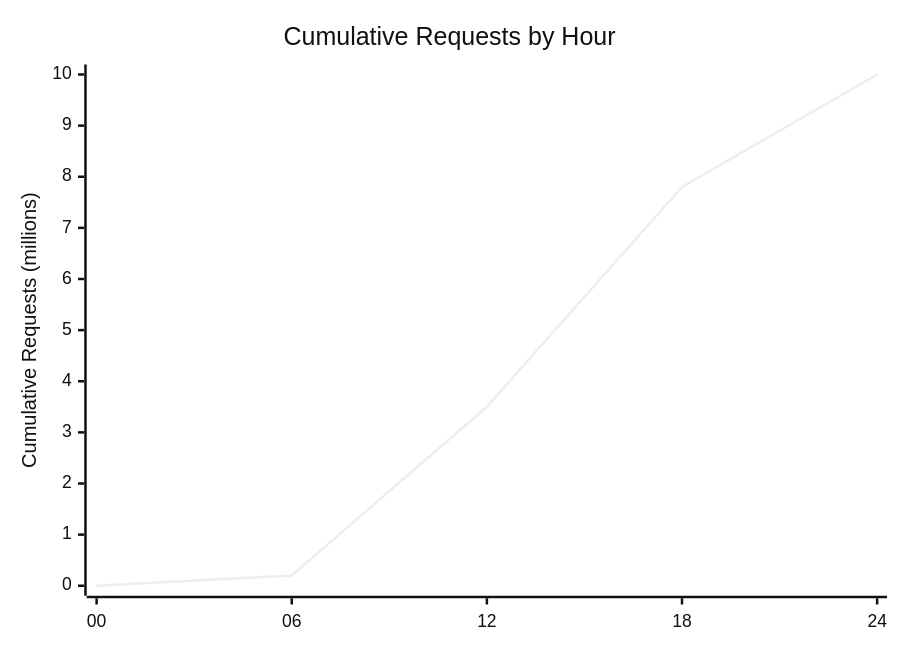
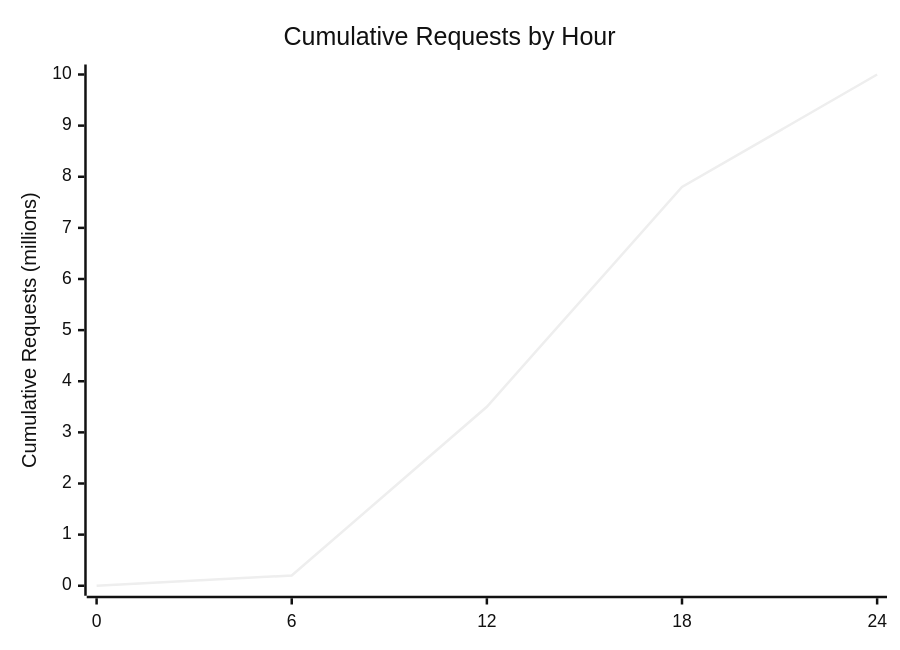
Diagram 15 of 50 in lab0.4/README.md (Shahriarin2garden/vllm_from_scratch), drawn with Mermaid (neutral theme) before and after one commit. The commit also changed other lines of this file, not shown here.

Commit message:
Update x-axis labels and improve diagram configurations in README.md for better clarity

````diff
--- a/lab0.4/README.md
+++ b/lab0.4/README.md
@@ -509,7 +515,7 @@
 ```mermaid
 xychart-beta
     title "Cumulative Requests by Hour"
-    x-axis ["00", "06", "12", "18", "24"]
+    x-axis [0, 6, 12, 18, 24]
     y-axis "Cumulative Requests (millions)" 0 --> 10
     line [0, 0.2, 3.5, 7.8, 10]
 ```
````
